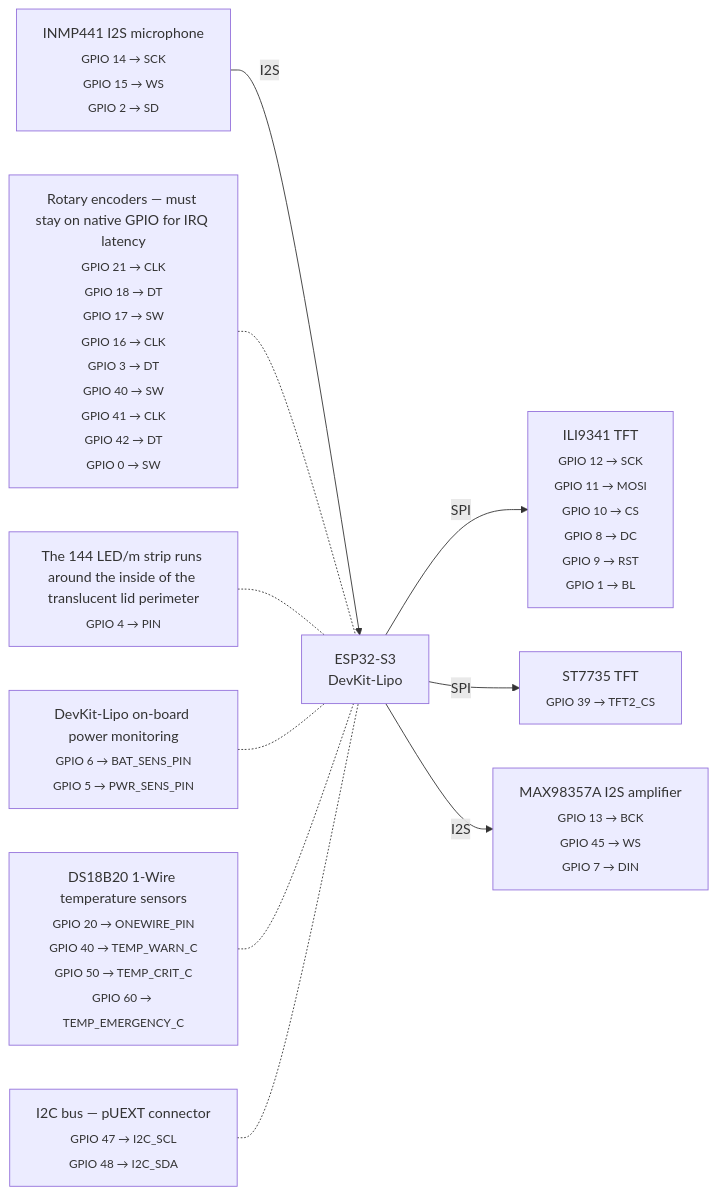
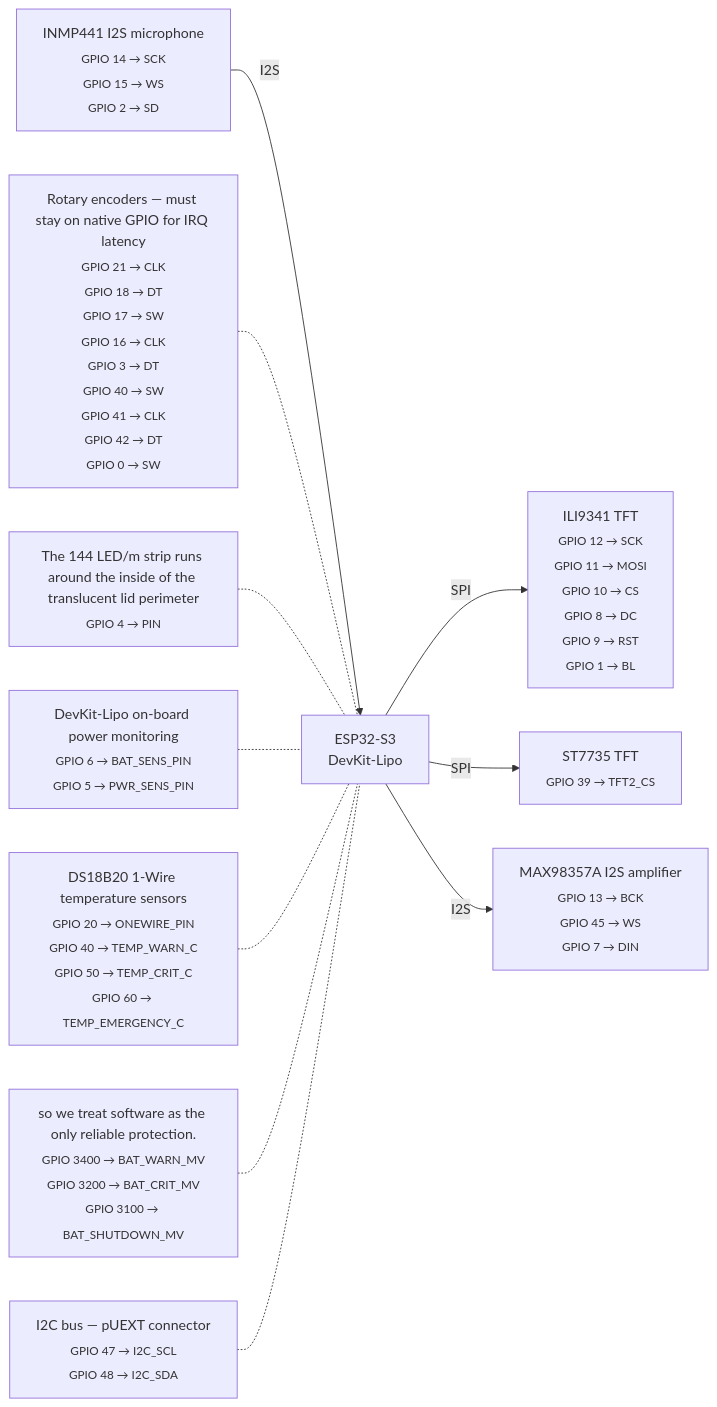
Before and after one commit to mandakan/bodn-esp32: the diagram in docs/wiring.md, drawn with Mermaid. The commit also changed other lines of this file and 11 other files, not shown here.

````diff
--- a/docs/wiring.md
+++ b/docs/wiring.md
@@ -8,32 +8,35 @@
 ```mermaid
 graph LR
     ESP["ESP32-S3<br/>DevKit-Lipo"]
 
     ILI9341TFT["ILI9341 TFT<br/><sub>GPIO 12 → SCK<br/>GPIO 11 → MOSI<br/>GPIO 10 → CS<br/>GPIO 8 → DC<br/>GPIO 9 → RST<br/>GPIO 1 → BL</sub>"]
     ESP -- SPI --> ILI9341TFT
 
     ST7735TFT["ST7735 TFT<br/><sub>GPIO 39 → TFT2_CS</sub>"]
     ESP -- SPI --> ST7735TFT
 
     INMP441I2Smicrophone["INMP441 I2S microphone<br/><sub>GPIO 14 → SCK<br/>GPIO 15 → WS<br/>GPIO 2 → SD</sub>"]
     INMP441I2Smicrophone -- I2S --> ESP
 
     MAX98357AI2Samplifier["MAX98357A I2S amplifier<br/><sub>GPIO 13 → BCK<br/>GPIO 45 → WS<br/>GPIO 7 → DIN</sub>"]
     ESP -- I2S --> MAX98357AI2Samplifier
 
     RotaryencodersmuststayonnativeGPIOforIRQlatency["Rotary encoders — must stay on native GPIO for IRQ latency<br/><sub>GPIO 21 → CLK<br/>GPIO 18 → DT<br/>GPIO 17 → SW<br/>GPIO 16 → CLK<br/>GPIO 3 → DT<br/>GPIO 40 → SW<br/>GPIO 41 → CLK<br/>GPIO 42 → DT<br/>GPIO 0 → SW</sub>"]
     RotaryencodersmuststayonnativeGPIOforIRQlatency -.- ESP
 
     The144LEDmstriprunsaroundtheinsideofthetranslucentlidperimeter["The 144 LED/m strip runs around the inside of the translucent lid perimeter<br/><sub>GPIO 4 → PIN</sub>"]
     The144LEDmstriprunsaroundtheinsideofthetranslucentlidperimeter -.- ESP
 
     DevKitLipoonboardpowermonitoring["DevKit-Lipo on-board power monitoring<br/><sub>GPIO 6 → BAT_SENS_PIN<br/>GPIO 5 → PWR_SENS_PIN</sub>"]
     DevKitLipoonboardpowermonitoring -.- ESP
 
     DS18B201Wiretemperaturesensors["DS18B20 1-Wire temperature sensors<br/><sub>GPIO 20 → ONEWIRE_PIN<br/>GPIO 40 → TEMP_WARN_C<br/>GPIO 50 → TEMP_CRIT_C<br/>GPIO 60 → TEMP_EMERGENCY_C</sub>"]
     DS18B201Wiretemperaturesensors -.- ESP
 
+    sowetreatsoftwareastheonlyreliableprotection["so we treat software as the only reliable protection.<br/><sub>GPIO 3400 → BAT_WARN_MV<br/>GPIO 3200 → BAT_CRIT_MV<br/>GPIO 3100 → BAT_SHUTDOWN_MV</sub>"]
+    sowetreatsoftwareastheonlyreliableprotection -.- ESP
+
     I2CbuspUEXTconnector["I2C bus — pUEXT connector<br/><sub>GPIO 47 → I2C_SCL<br/>GPIO 48 → I2C_SDA</sub>"]
     I2CbuspUEXTconnector -.- ESP
 
 ```
````
